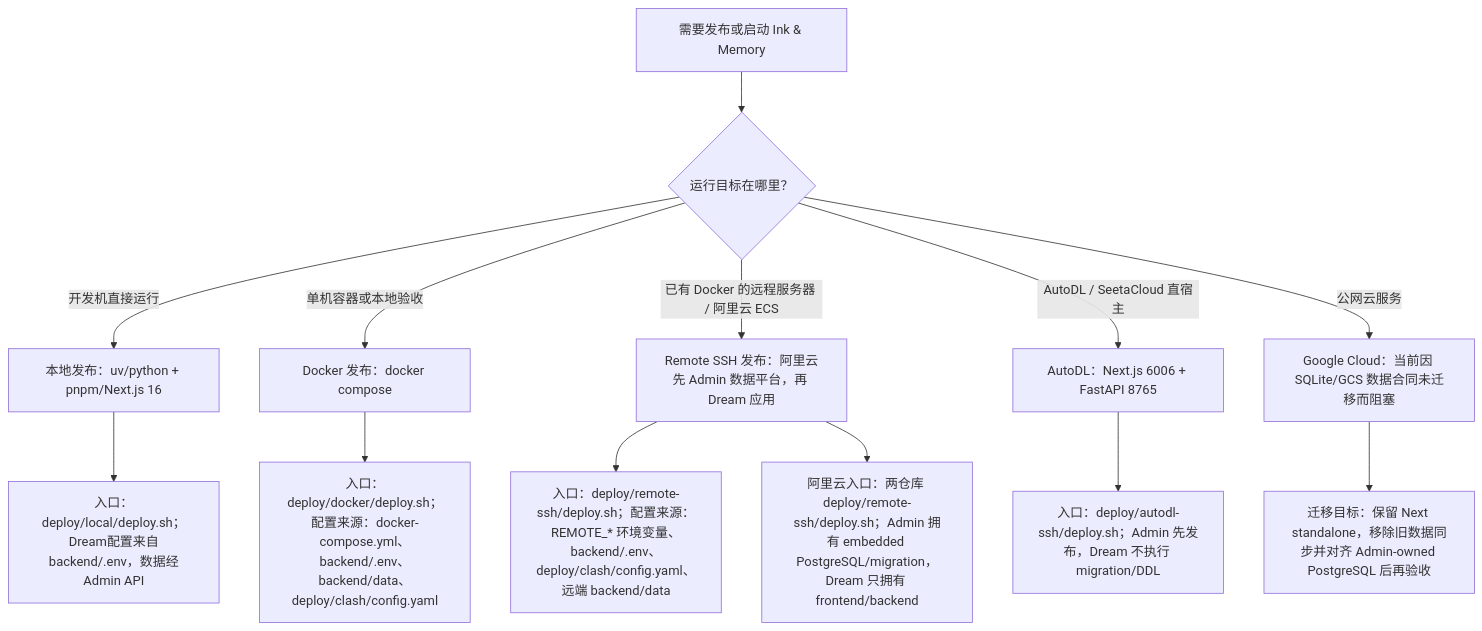
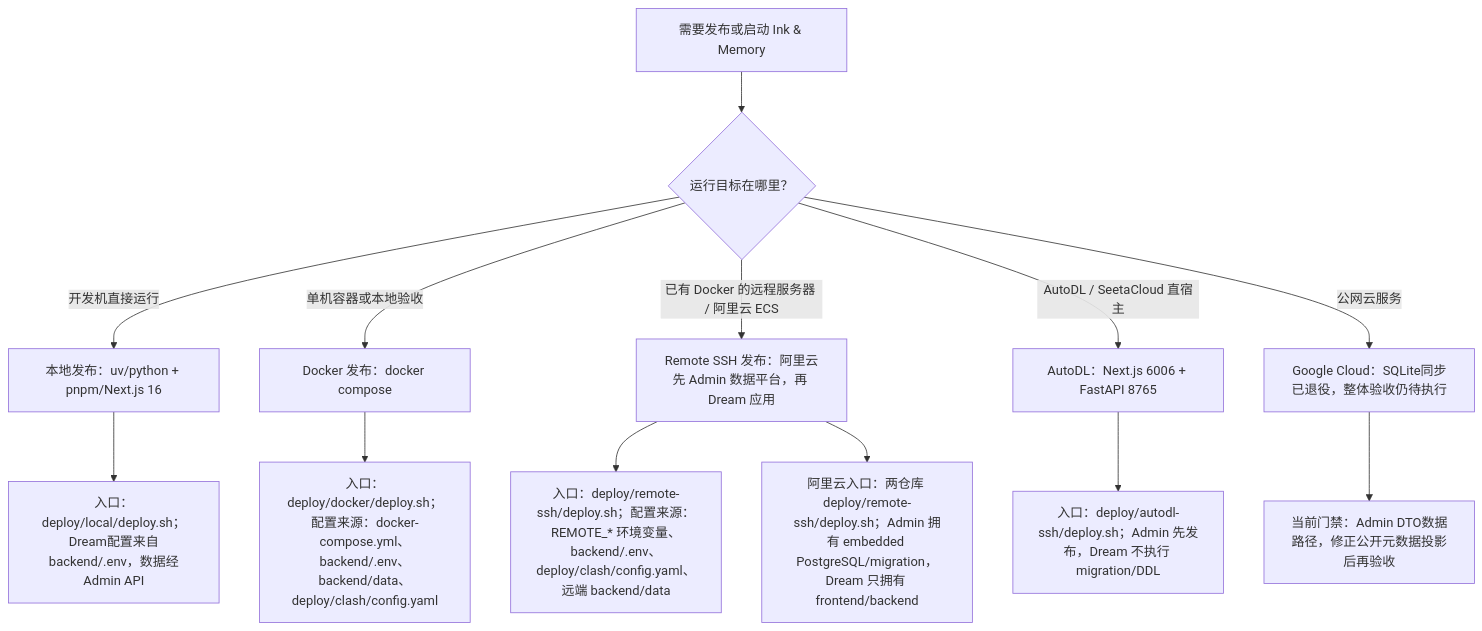
The diagram in docs/deploy/README.md (glide-the/im-dream), drawn with Mermaid before and after one commit. The commit also changed other lines of this file and 34 other files, not shown here.

````diff
--- a/docs/deploy/README.md
+++ b/docs/deploy/README.md
@@ -70,15 +71,15 @@
 ```mermaid
 flowchart TD
   A["需要发布或启动 Ink & Memory"] --> B{"运行目标在哪里？"}
   B -->|"开发机直接运行"| C["本地发布：uv/python + pnpm/Next.js 16"]
   B -->|"单机容器或本地验收"| D["Docker 发布：docker compose"]
   B -->|"已有 Docker 的远程服务器 / 阿里云 ECS"| R["Remote SSH 发布：阿里云先 Admin 数据平台，再 Dream 应用"]
   B -->|"AutoDL / SeetaCloud 直宿主"| U["AutoDL：Next.js 6006 + FastAPI 8765"]
-  B -->|"公网云服务"| E["Google Cloud：当前因 SQLite/GCS 数据合同未迁移而阻塞"]
+  B -->|"公网云服务"| E["Google Cloud：SQLite同步已退役，整体验收仍待执行"]
   C --> F["入口：deploy/local/deploy.sh；Dream配置来自backend/.env，数据经Admin API"]
   D --> G["入口：deploy/docker/deploy.sh；配置来源：docker-compose.yml、backend/.env、backend/data、deploy/clash/config.yaml"]
   R --> I["入口：deploy/remote-ssh/deploy.sh；配置来源：REMOTE_* 环境变量、backend/.env、deploy/clash/config.yaml、远端 backend/data"]
   R --> J["阿里云入口：两仓库 deploy/remote-ssh/deploy.sh；Admin 拥有 embedded PostgreSQL/migration，Dream 只拥有 frontend/backend"]
   U --> K["入口：deploy/autodl-ssh/deploy.sh；Admin 先发布，Dream 不执行 migration/DDL"]
-  E --> H["迁移目标：保留 Next standalone，移除旧数据同步并对齐 Admin-owned PostgreSQL 后再验收"]
+  E --> H["当前门禁：Admin DTO数据路径，修正公开元数据投影后再验收"]
 ```
````
